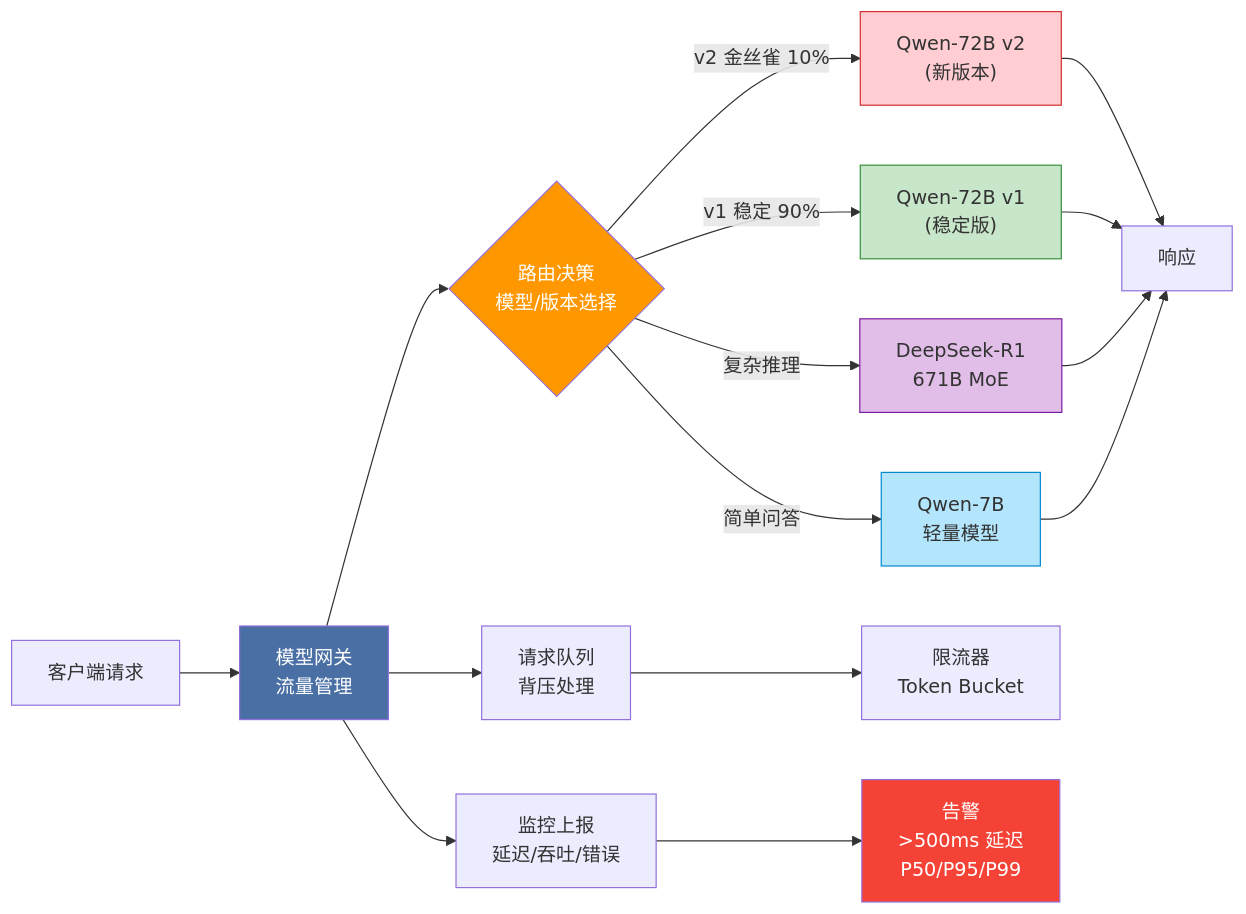
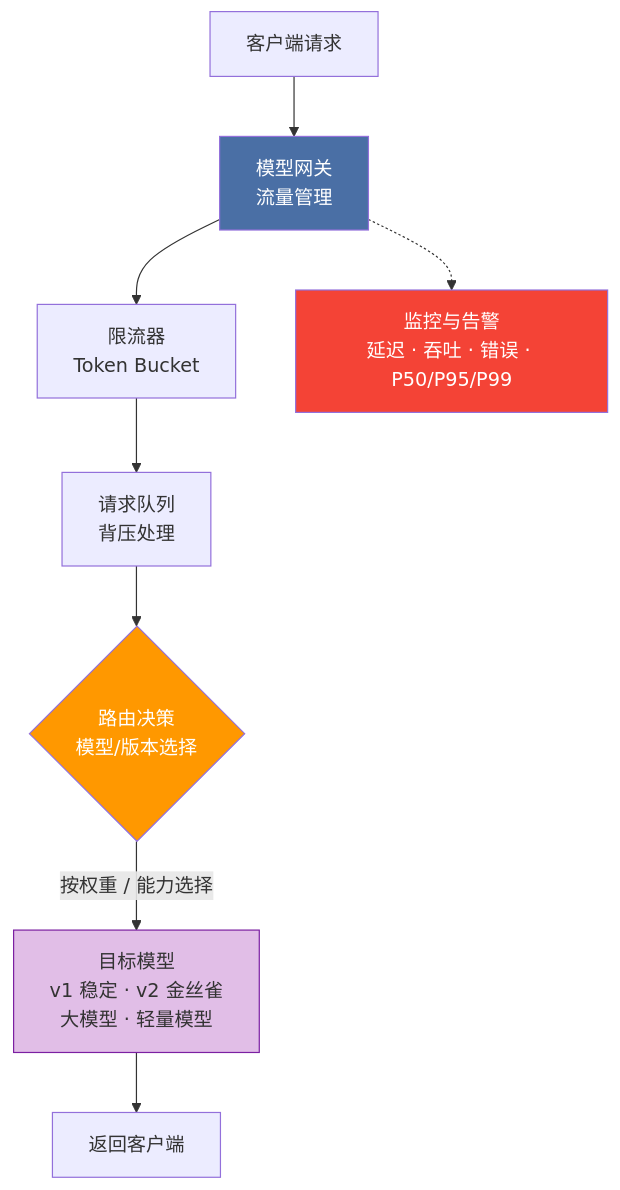
Before and after one commit to BeefWrap4/LLM-Knowledge-Base: the seventh of 7 diagrams in 24_云原生部署与工程化.md, drawn with Mermaid. The commit also changed other lines of this file and 8 other files, not shown here.

Commit message:
Fix Mermaid semantics and Obsidian layouts

````diff
--- a/24_云原生部署与工程化.md
+++ b/24_云原生部署与工程化.md
@@ -2882,32 +2794,15 @@
 ```mermaid
-flowchart LR
-    Client["客户端请求"] --> Gateway["模型网关<br/>流量管理"]
-
-    Gateway --> Router{"路由决策<br/>模型/版本选择"}
-
-    Router -->|"v2 金丝雀 10%"| ModelV2["Qwen-72B v2<br/>(新版本)"]
-    Router -->|"v1 稳定 90%"| ModelV1["Qwen-72B v1<br/>(稳定版)"]
-
-    Router -->|"复杂推理"| LargeM["DeepSeek-R1<br/>671B MoE"]
-    Router -->|"简单问答"| SmallM["Qwen-7B<br/>轻量模型"]
-
-    Gateway --> Queue["请求队列<br/>背压处理"]
-    Queue --> RateLimit["限流器<br/>Token Bucket"]
-
-    Gateway --> Monitor["监控上报<br/>延迟/吞吐/错误"]
-
-    ModelV2 --> Response["响应"]
-    ModelV1 --> Response
-    LargeM --> Response
-    SmallM --> Response
-
-    Monitor --> Alert["告警<br/>>500ms 延迟<br/>P50/P95/P99"]
+flowchart TB
+    Request["客户端请求"] --> Gateway["模型网关<br/>流量管理"]
+    Gateway --> RateLimit["限流器<br/>Token Bucket"]
+    RateLimit --> Queue["请求队列<br/>背压处理"]
+    Queue --> Router{"路由决策<br/>模型/版本选择"}
+    Router -->|"按权重 / 能力选择"| Targets["目标模型<br/>v1 稳定 · v2 金丝雀<br/>大模型 · 轻量模型"]
+    Targets --> Response["返回客户端"]
+    Gateway -.-> Monitor["监控与告警<br/>延迟 · 吞吐 · 错误 · P50/P95/P99"]
 
     style Gateway fill:#4A6FA5,color:#fff
     style Router fill:#ff9800,color:#fff
-    style ModelV2 fill:#ffcdd2,stroke:#d32f2f
-    style ModelV1 fill:#c8e6c9,stroke:#388e3c
-    style LargeM fill:#e1bee7,stroke:#7b1fa2
-    style SmallM fill:#b3e5fc,stroke:#0288d1
-    style Alert fill:#f44336,color:#fff
+    style Targets fill:#e1bee7,stroke:#7b1fa2
+    style Monitor fill:#f44336,color:#fff
 ```
````
